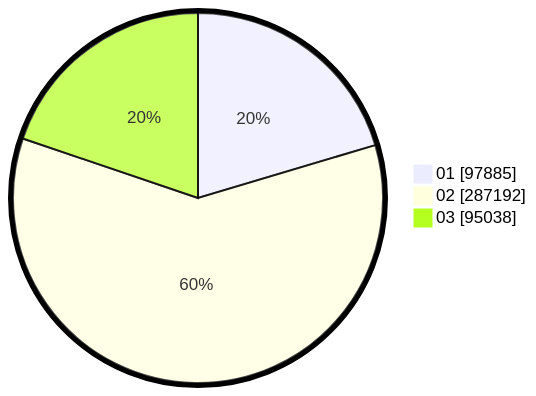
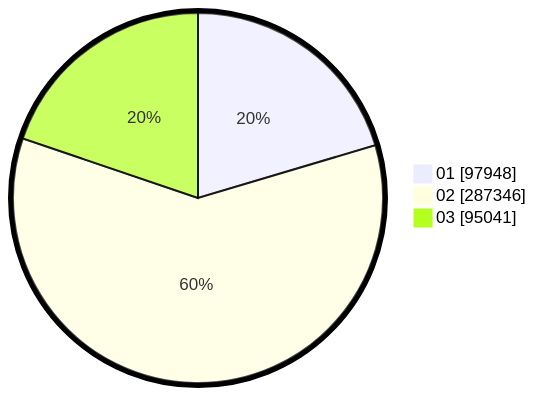
The second of 2 diagrams in pilpres/hitung-suara/sub/table-wilayah-99.md (gigit-pemilu/pemilu-2024), drawn with Mermaid before and after one commit. The commit also changed other lines of this file and 5 other files, not shown here.

````diff
--- a/pilpres/hitung-suara/sub/table-wilayah-99.md
+++ b/pilpres/hitung-suara/sub/table-wilayah-99.md
@@ -15,7 +15,7 @@
 ```mermaid
 %%{init: {"pie": {"textPosition": 0.5}, "themeVariables": {"pieOuterStrokeWidth": "5px"}} }%%
 pie showData
-    "01" : 97885
-    "02" : 287192
-    "03" : 95038
+    "01" : 97948
+    "02" : 287346
+    "03" : 95041
 ```
````
